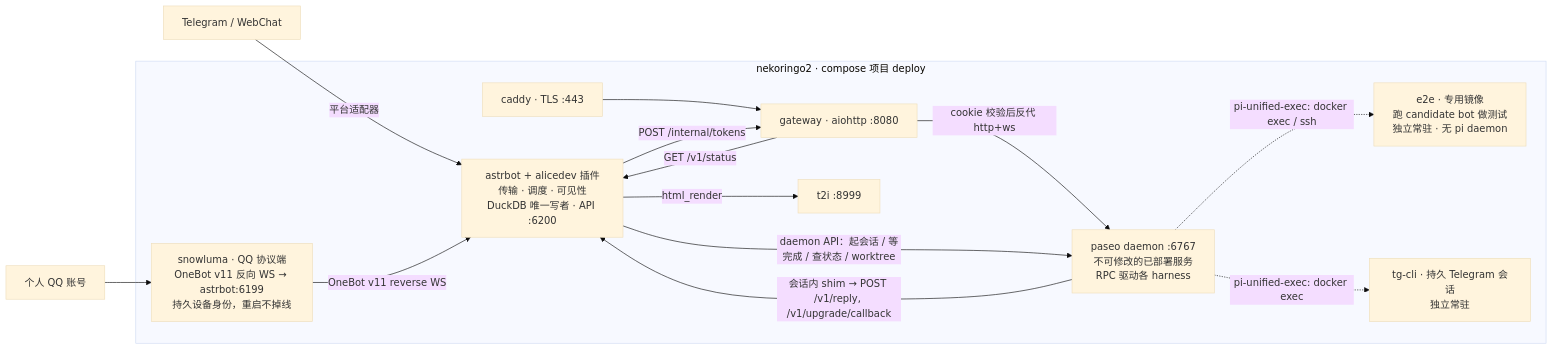
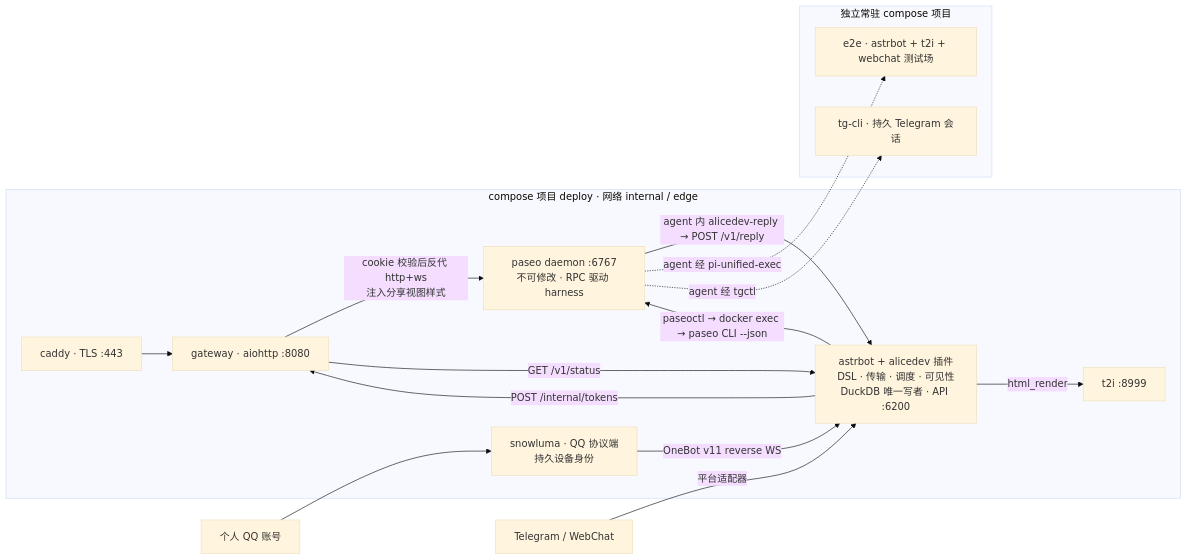
One commit to mouriya-s-lab/alicedev changed the first of 3 diagrams in ARCHITECTURE.md. Above: the diagram before and after it, drawn with Mermaid (base theme). The commit also changed other lines of this file and 14 other files, not shown here.

First line of the commit message:
Implement the upgrade-bot conductor and daemon WebSocket transport

````diff
--- a/ARCHITECTURE.md
+++ b/ARCHITECTURE.md
@@ -17,21 +24,27 @@
 ```mermaid
 flowchart LR
+  subgraph host[compose 项目 deploy · 网络 internal / edge]
+    caddy[caddy · TLS :443]
+    gw[gateway · aiohttp :8080]
+    qqproto[snowluma · QQ 协议端<br/>持久设备身份]
+    astr[astrbot + alicedev 插件<br/>DSL · 传输 · 调度 · 可见性<br/>DuckDB 唯一写者 · API :6200]
+    paseo[paseo daemon :6767<br/>不可修改 · RPC 驱动 harness]
+    t2i[t2i :8999]
+  end
+  subgraph side[独立常驻 compose 项目]
+    e2e[e2e · astrbot + t2i + webchat 测试场]
+    tgcli[tg-cli · 持久 Telegram 会话]
+  end
   QQ[个人 QQ 账号] --> qqproto
   TG[Telegram / WebChat] -->|平台适配器| astr
-  subgraph host[nekoringo2 · compose 项目 deploy]
-    caddy[caddy · TLS :443] --> gw[gateway · aiohttp :8080]
-    gw -->|cookie 校验后反代 http+ws| paseo
-    gw -->|GET /v1/status| astr
-    qqproto[snowluma · QQ 协议端<br/>OneBot v11 反向 WS → astrbot:6199<br/>持久设备身份，重启不掉线]
-    qqproto -->|OneBot v11 reverse WS| astr
-    astr[astrbot + alicedev 插件<br/>传输 · 调度 · 可见性<br/>DuckDB 唯一写者 · API :6200]
-    astr -->|daemon API：起会话 / 等完成 / 查状态 / worktree| paseo[paseo daemon :6767<br/>不可修改的已部署服务<br/>RPC 驱动各 harness]
-    paseo -->|会话内 shim → POST /v1/reply, /v1/upgrade/callback| astr
-    paseo -.->|pi-unified-exec: docker exec / ssh| e2e
-    paseo -.->|pi-unified-exec: docker exec| tgcli
-    e2e[e2e · 专用镜像<br/>跑 candidate bot 做测试<br/>独立常驻 · 无 pi daemon]
-    tgcli[tg-cli · 持久 Telegram 会话<br/>独立常驻]
-    astr -->|html_render| t2i[t2i :8999]
-    astr -->|POST /internal/tokens| gw
-  end
+  qqproto -->|OneBot v11 reverse WS| astr
+  caddy --> gw
+  gw -->|cookie 校验后反代 http+ws<br/>注入分享视图样式| paseo
+  gw -->|GET /v1/status| astr
+  astr -->|paseoctl → docker exec → paseo CLI --json| paseo
+  paseo -->|agent 内 alicedev-reply → POST /v1/reply| astr
+  astr -->|html_render| t2i
+  astr -->|POST /internal/tokens| gw
+  paseo -.->|agent 经 pi-unified-exec| e2e
+  paseo -.->|agent 经 tgctl| tgcli
 ```
````
